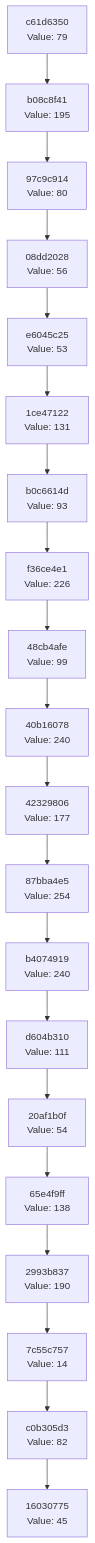
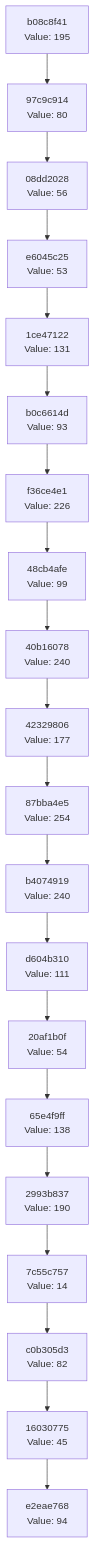
One commit to Abhisheksinha1506/hash-chain-evolver changed the diagram in docs/CHAIN_VISUALIZATION.md. Above: the diagram before and after it, drawn with Mermaid. The commit also changed 3 other files, not shown here.

````diff
--- a/docs/CHAIN_VISUALIZATION.md
+++ b/docs/CHAIN_VISUALIZATION.md
@@ -3,42 +3,42 @@
 ```mermaid
 graph TD
-    C0["16030775<br/>Value: 45"]
-    C1["c0b305d3<br/>Value: 82"]
+    C0["e2eae768<br/>Value: 94"]
+    C1["16030775<br/>Value: 45"]
     C1 --> C0
-    C2["7c55c757<br/>Value: 14"]
+    C2["c0b305d3<br/>Value: 82"]
     C2 --> C1
-    C3["2993b837<br/>Value: 190"]
+    C3["7c55c757<br/>Value: 14"]
     C3 --> C2
-    C4["65e4f9ff<br/>Value: 138"]
+    C4["2993b837<br/>Value: 190"]
     C4 --> C3
-    C5["20af1b0f<br/>Value: 54"]
+    C5["65e4f9ff<br/>Value: 138"]
     C5 --> C4
-    C6["d604b310<br/>Value: 111"]
+    C6["20af1b0f<br/>Value: 54"]
     C6 --> C5
-    C7["b4074919<br/>Value: 240"]
+    C7["d604b310<br/>Value: 111"]
     C7 --> C6
-    C8["87bba4e5<br/>Value: 254"]
+    C8["b4074919<br/>Value: 240"]
     C8 --> C7
-    C9["42329806<br/>Value: 177"]
+    C9["87bba4e5<br/>Value: 254"]
     C9 --> C8
-    C10["40b16078<br/>Value: 240"]
+    C10["42329806<br/>Value: 177"]
     C10 --> C9
-    C11["48cb4afe<br/>Value: 99"]
+    C11["40b16078<br/>Value: 240"]
     C11 --> C10
-    C12["f36ce4e1<br/>Value: 226"]
+    C12["48cb4afe<br/>Value: 99"]
     C12 --> C11
-    C13["b0c6614d<br/>Value: 93"]
+    C13["f36ce4e1<br/>Value: 226"]
     C13 --> C12
-    C14["1ce47122<br/>Value: 131"]
+    C14["b0c6614d<br/>Value: 93"]
     C14 --> C13
-    C15["e6045c25<br/>Value: 53"]
+    C15["1ce47122<br/>Value: 131"]
     C15 --> C14
-    C16["08dd2028<br/>Value: 56"]
+    C16["e6045c25<br/>Value: 53"]
     C16 --> C15
-    C17["97c9c914<br/>Value: 80"]
+    C17["08dd2028<br/>Value: 56"]
     C17 --> C16
-    C18["b08c8f41<br/>Value: 195"]
+    C18["97c9c914<br/>Value: 80"]
     C18 --> C17
-    C19["c61d6350<br/>Value: 79"]
+    C19["b08c8f41<br/>Value: 195"]
     C19 --> C18
 ```
````
